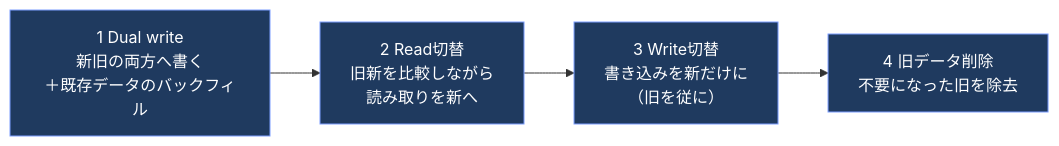
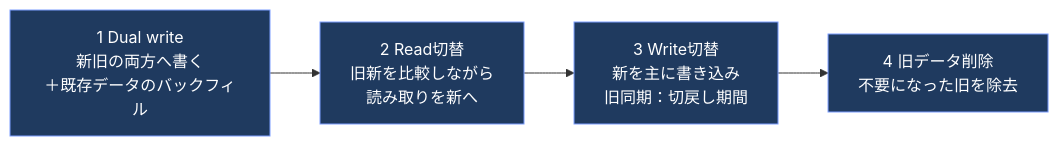
One commit to myoshi2891/Quality-Assurance-Studies changed the ninth of 10 diagrams in Iso-29119-14-guide.md. Above: the diagram before and after it, drawn with Mermaid.

Commit message:
docs(iso29119-14): clarify write-switch step in dual-write migration diagram

````diff
--- a/Iso-29119-14-guide.md
+++ b/Iso-29119-14-guide.md
@@ -470,9 +470,9 @@
 ```mermaid
 flowchart LR
     DW1["1 Dual write<br/>新旧の両方へ書く<br/>＋既存データのバックフィル"] --> DW2["2 Read切替<br/>旧新を比較しながら<br/>読み取りを新へ"]
-    DW2 --> DW3["3 Write切替<br/>書き込みを新だけに<br/>（旧を従に）"]
+    DW2 --> DW3["3 Write切替<br/>新を主に書き込み<br/>旧同期：切戻し期間"]
     DW3 --> DW4["4 旧データ削除<br/>不要になった旧を除去"]
 
     classDef s fill:#1f3a5f,stroke:#7c9eff,color:#ffffff
     class DW1,DW2,DW3,DW4 s
 ```
````
